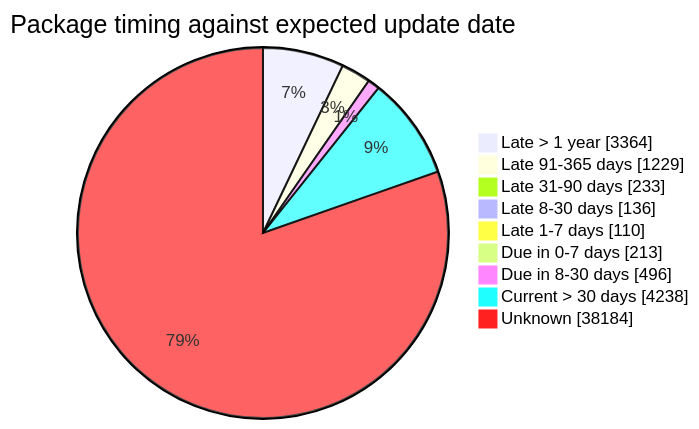
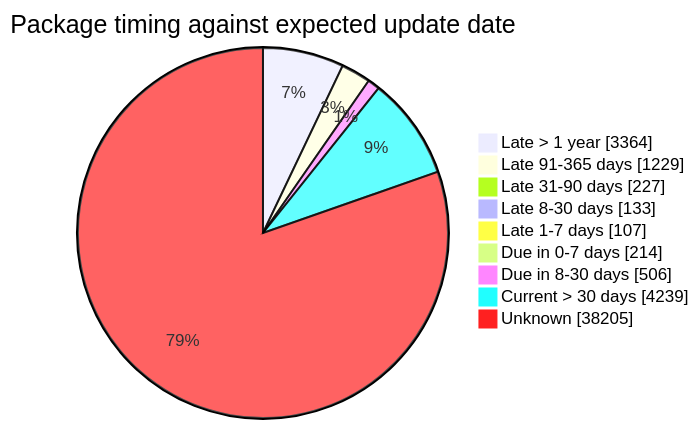
The fourth of 5 diagrams in FreshCheck/README.md (open-data/analytics-corporate-reporting), drawn with Mermaid before and after one commit. The commit also changed other lines of this file and 3 other files, not shown here.

````diff
--- a/FreshCheck/README.md
+++ b/FreshCheck/README.md
@@ -86,12 +86,12 @@
 ```mermaid
 pie showData title Package timing against expected update date
     "Late > 1 year": 3364
     "Late 91-365 days": 1229
-    "Late 31-90 days": 233
-    "Late 8-30 days": 136
-    "Late 1-7 days": 110
-    "Due in 0-7 days": 213
-    "Due in 8-30 days": 496
-    "Current > 30 days": 4238
-    "Unknown": 38184
+    "Late 31-90 days": 227
+    "Late 8-30 days": 133
+    "Late 1-7 days": 107
+    "Due in 0-7 days": 214
+    "Due in 8-30 days": 506
+    "Current > 30 days": 4239
+    "Unknown": 38205
 ```
````
